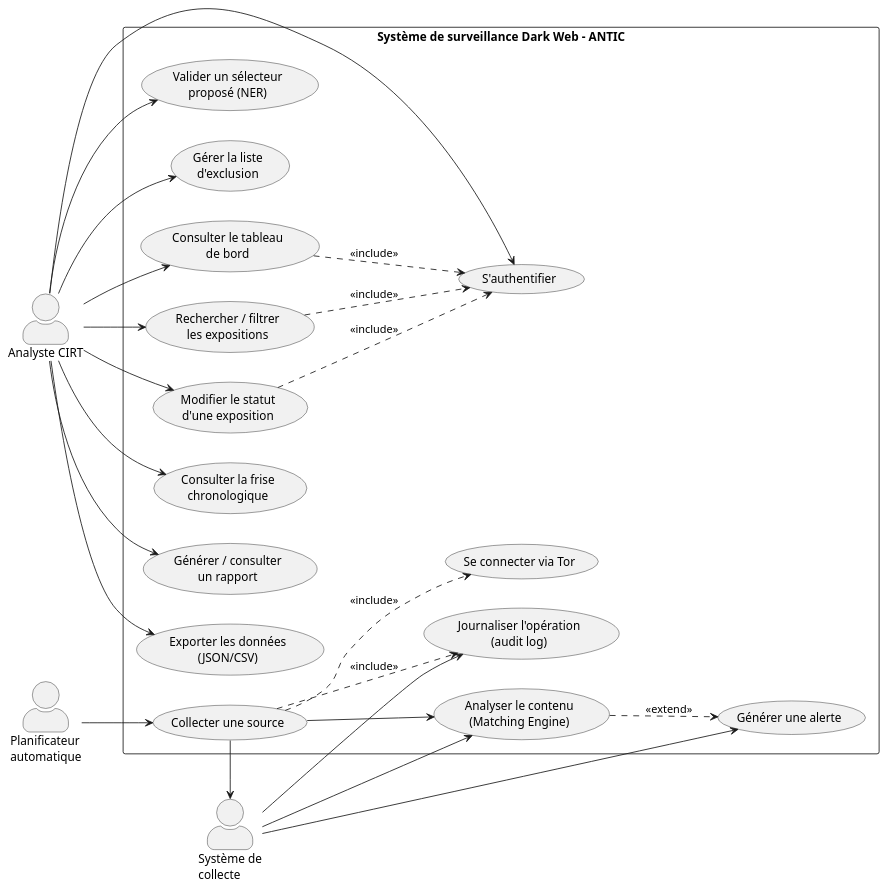
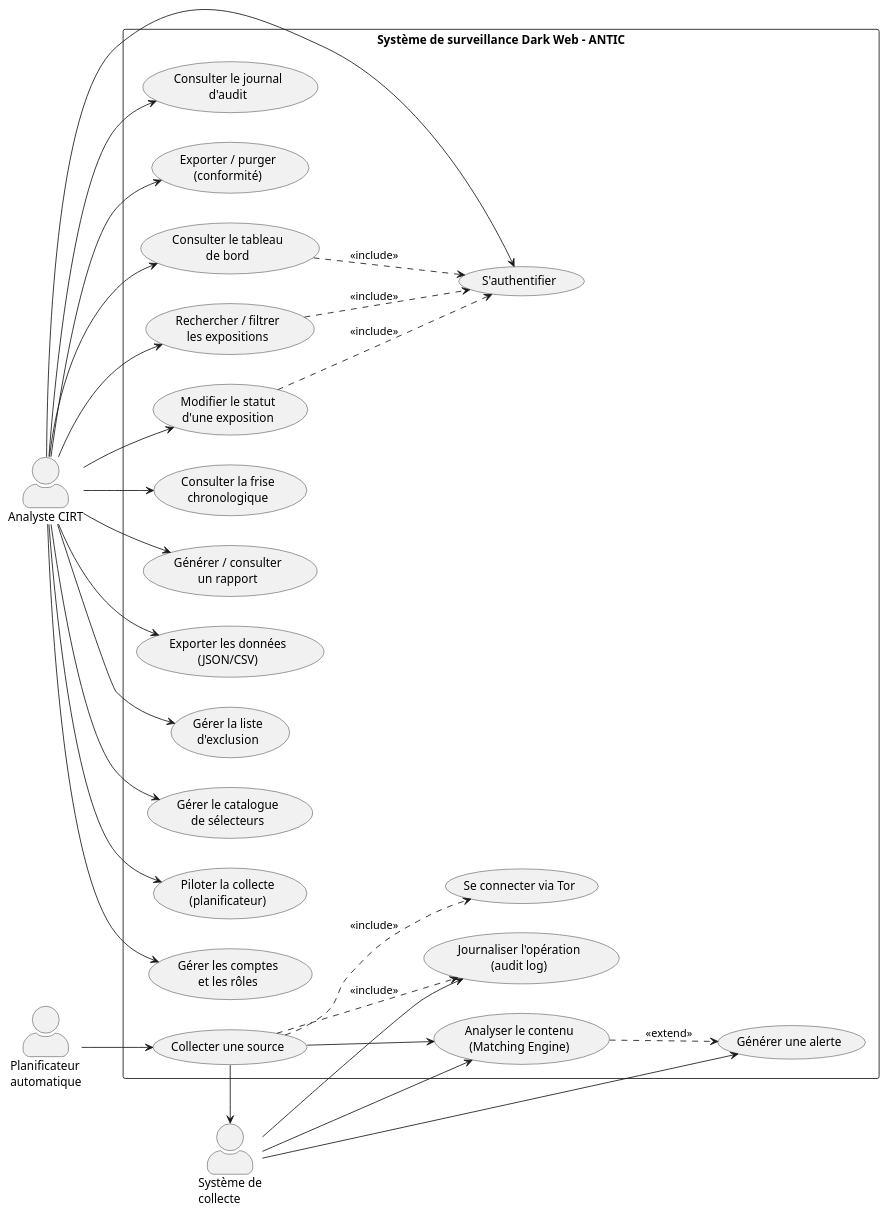
Before and after one commit to vnyay1/dark-web-monitoring: the diagram in docs/uml/use_case.puml, drawn with PlantUML. The commit also changed 12 other files, not shown here.

```diff
--- a/docs/uml/use_case.puml
+++ b/docs/uml/use_case.puml
@@ -1,62 +1,73 @@
 @startuml UseCase_DarkWebMonitoring
 
 left to right direction
 skinparam packageStyle rectangle
 skinparam actorStyle awesome
 
 actor "Analyste CIRT" as Analyste
 actor "Planificateur\nautomatique" as Planificateur
 actor "Système de\ncollecte" as Systeme
 
 rectangle "Système de surveillance Dark Web - ANTIC" {
 
   ' Cas d'utilisation - Analyste
   usecase "S'authentifier" as UC_Auth
   usecase "Consulter le tableau\nde bord" as UC_Dashboard
   usecase "Rechercher / filtrer\nles expositions" as UC_Search
   usecase "Modifier le statut\nd'une exposition" as UC_Status
   usecase "Consulter la frise\nchronologique" as UC_Timeline
   usecase "Générer / consulter\nun rapport" as UC_Report
   usecase "Exporter les données\n(JSON/CSV)" as UC_Export
-  usecase "Valider un sélecteur\nproposé (NER)" as UC_ValidateNER
   usecase "Gérer la liste\nd'exclusion" as UC_Exclusion
+  usecase "Gérer le catalogue\nde sélecteurs" as UC_Catalogue
+  usecase "Piloter la collecte\n(planificateur)" as UC_Pilotage
+  usecase "Gérer les comptes\net les rôles" as UC_Comptes
+  usecase "Consulter le journal\nd'audit" as UC_Journal
+  usecase "Exporter / purger\n(conformité)" as UC_Conformite
+
+  ' FR-14 (proposition de sélecteurs par NER) n'est pas implémenté :
+  ' il n'a donc pas de cas d'utilisation ici.
 
   ' Cas d'utilisation - Système (déclenchés par le planificateur)
   usecase "Collecter une source" as UC_Collect
   usecase "Se connecter via Tor" as UC_TorConnect
   usecase "Analyser le contenu\n(Matching Engine)" as UC_Match
   usecase "Générer une alerte" as UC_Alert
   usecase "Journaliser l'opération\n(audit log)" as UC_Audit
 
 }
 
 ' Relations Analyste
 Analyste --> UC_Auth
 Analyste --> UC_Dashboard
 Analyste --> UC_Search
 Analyste --> UC_Status
 Analyste --> UC_Timeline
 Analyste --> UC_Report
 Analyste --> UC_Export
-Analyste --> UC_ValidateNER
 Analyste --> UC_Exclusion
+Analyste --> UC_Catalogue
+Analyste --> UC_Pilotage
+Analyste --> UC_Comptes
+Analyste --> UC_Journal
+Analyste --> UC_Conformite
 
 UC_Dashboard ..> UC_Auth : <<include>>
 UC_Search ..> UC_Auth : <<include>>
 UC_Status ..> UC_Auth : <<include>>
 
 ' Relations Planificateur
 Planificateur --> UC_Collect
 
 ' Relations Système
 UC_Collect --> Systeme
 UC_Collect ..> UC_TorConnect : <<include>>
 UC_Collect ..> UC_Audit : <<include>>
 UC_Collect --> UC_Match
 
 UC_Match ..> UC_Alert : <<extend>>
 Systeme --> UC_Match
 Systeme --> UC_Alert
 Systeme --> UC_Audit
 
 @enduml
```
